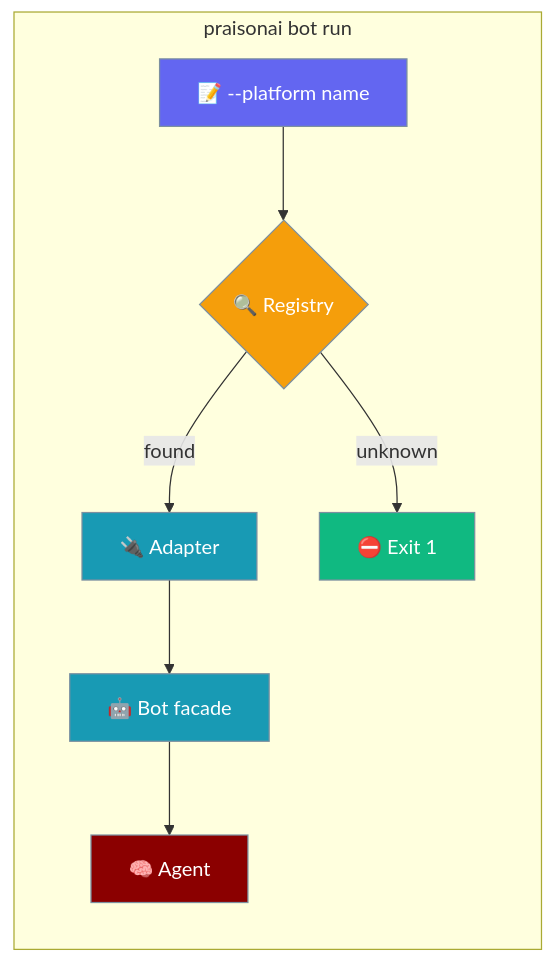
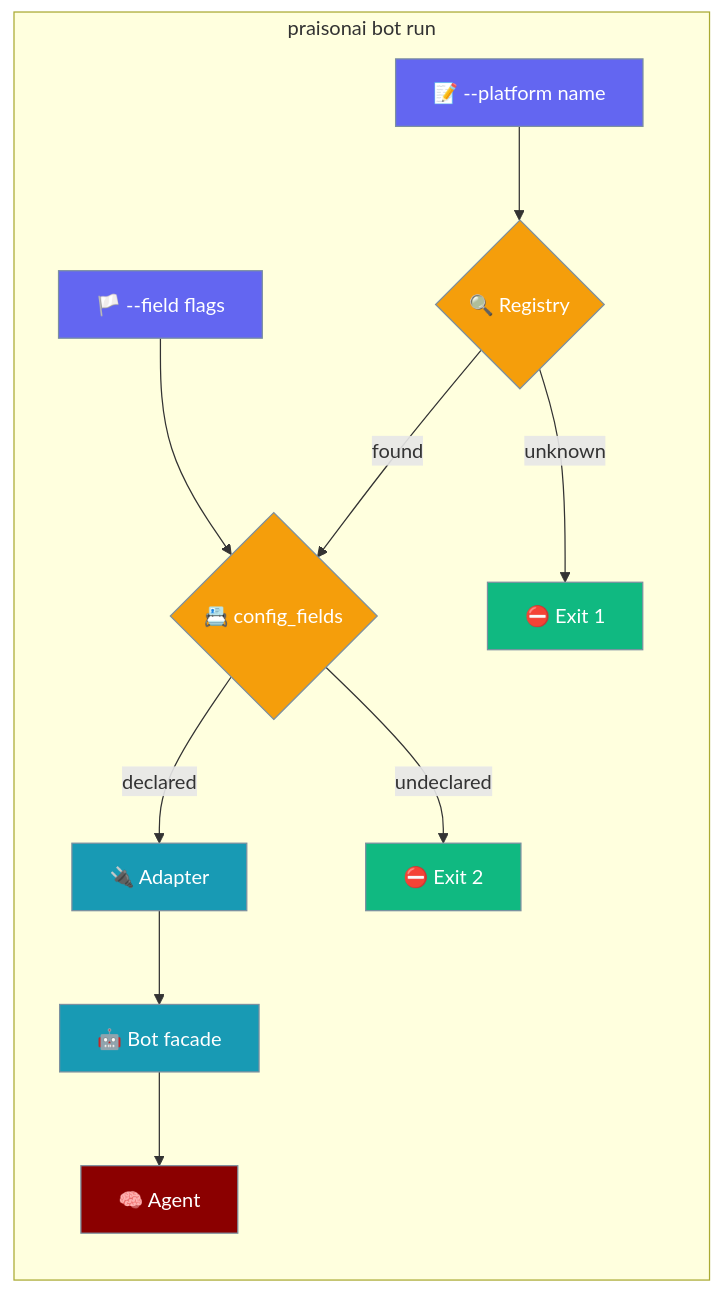
One commit to MervinPraison/PraisonAIDocs changed diagram 12 of 20 in docs/features/messaging-bots.mdx. Above: the diagram before and after it, drawn with Mermaid. The commit also changed other lines of this file and 5 other files, not shown here.

Commit message:
fix: document bot run channel-declared field flags (fixes #4645)

````diff
--- a/docs/features/messaging-bots.mdx
+++ b/docs/features/messaging-bots.mdx
@@ -1809,22 +1809,25 @@
 ```mermaid
 graph LR
     subgraph "praisonai bot run"
         CLI[📝 --platform name] --> Reg{🔍 Registry}
-        Reg -->|found| Adp[🔌 Adapter]
+        Reg -->|found| Fields{📇 config_fields}
         Reg -->|unknown| Err[⛔ Exit 1]
+        Flags[🏳️ --field flags] --> Fields
+        Fields -->|declared| Adp[🔌 Adapter]
+        Fields -->|undeclared| Err2[⛔ Exit 2]
         Adp --> Facade[🤖 Bot facade]
         Facade --> Agent[🧠 Agent]
     end
 
     classDef input fill:#6366F1,stroke:#7C90A0,color:#fff
     classDef process fill:#189AB4,stroke:#7C90A0,color:#fff
     classDef decision fill:#F59E0B,stroke:#7C90A0,color:#fff
     classDef agent fill:#8B0000,stroke:#7C90A0,color:#fff
     classDef result fill:#10B981,stroke:#7C90A0,color:#fff
 
-    class CLI input
-    class Reg decision
+    class CLI,Flags input
+    class Reg,Fields decision
     class Adp,Facade process
     class Agent agent
-    class Err result
+    class Err,Err2 result
 ```
````
